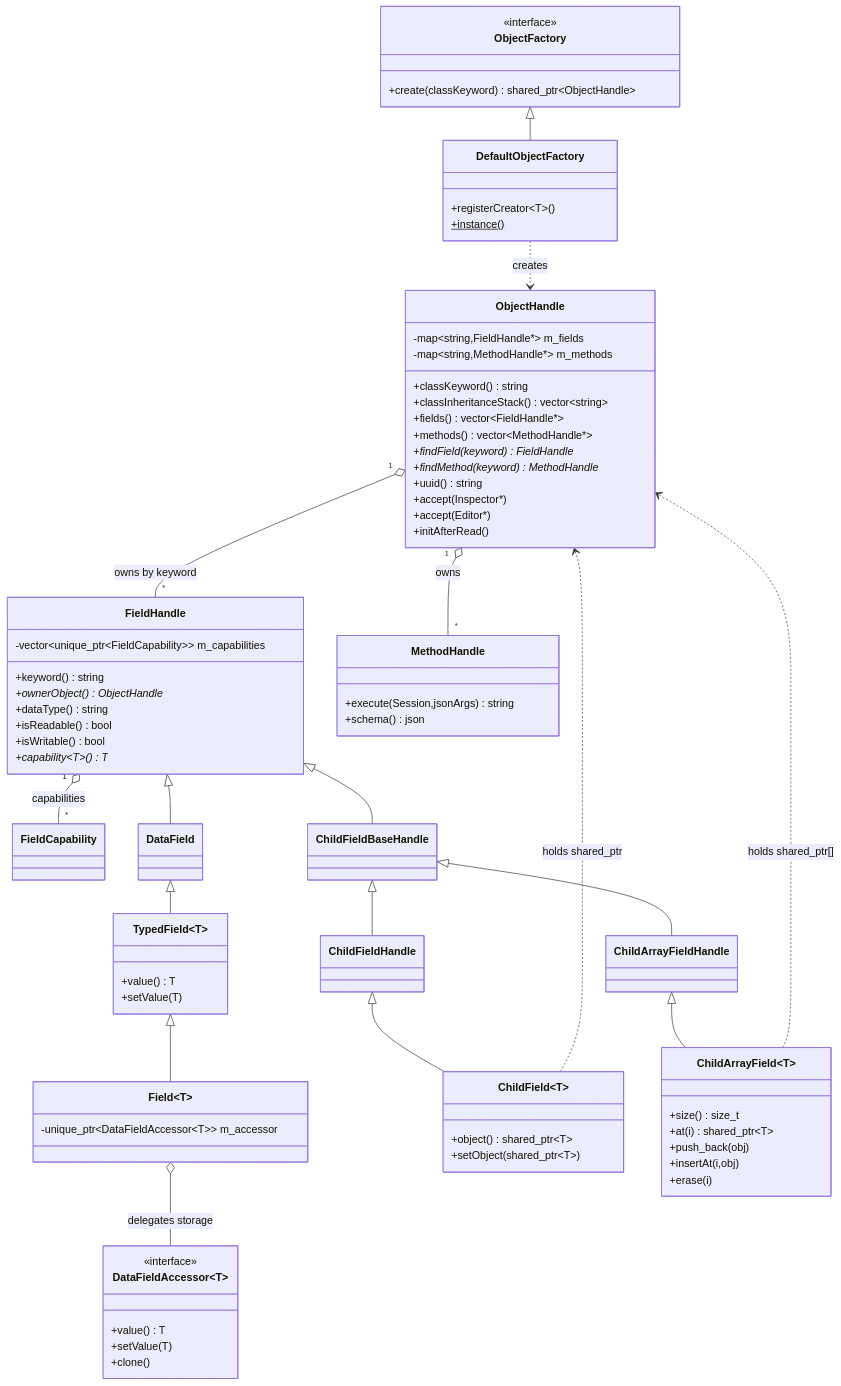
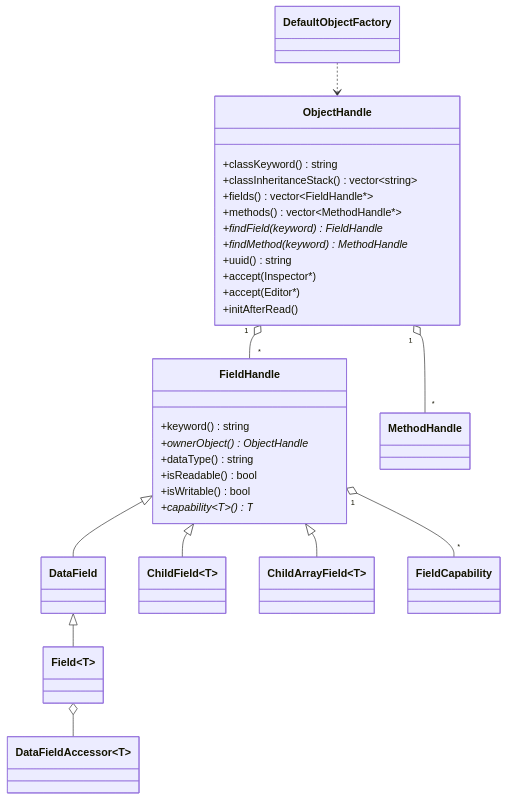
Before and after one commit to lindkvis/caffa: the third of 5 diagrams in docs/caffa_architecture.md, drawn with Mermaid. The commit also changed other lines of this file and 69 other files, not shown here.

````diff
--- a/docs/caffa_architecture.md
+++ b/docs/caffa_architecture.md
@@ -150,8 +90,6 @@
         +accept(Inspector*)
         +accept(Editor*)
         +initAfterRead()
-        -map~string,FieldHandle*~ m_fields
-        -map~string,MethodHandle*~ m_methods
     }
     class FieldHandle {
         +keyword() string
@@ -160,64 +98,23 @@
         +isReadable() bool
         +isWritable() bool
         +capability~T~() T*
-        -vector~unique_ptr~FieldCapability~~ m_capabilities
     }
+    class DataField
+    class Field~T~
+    class ChildField~T~
+    class ChildArrayField~T~
+    class DataFieldAccessor~T~
     class FieldCapability
-    class DataField
-    class TypedField~T~ {
-        +value() T
-        +setValue(T)
-    }
-    class Field~T~ {
-        -unique_ptr~DataFieldAccessor~T~~ m_accessor
-    }
-    class ChildFieldBaseHandle
-    class ChildFieldHandle
-    class ChildField~T~ {
-        +object() shared_ptr~T~
-        +setObject(shared_ptr~T~)
-    }
-    class ChildArrayFieldHandle
-    class ChildArrayField~T~ {
-        +size() size_t
-        +at(i) shared_ptr~T~
-        +push_back(obj)
-        +insertAt(i,obj)
-        +erase(i)
-    }
-    class DataFieldAccessor~T~ {
-        <<interface>>
-        +value() T
-        +setValue(T)
-        +clone()
-    }
-    class MethodHandle {
-        +execute(Session,jsonArgs) string
-        +schema() json
-    }
-    class ObjectFactory {
-        <<interface>>
-        +create(classKeyword) shared_ptr~ObjectHandle~
-    }
-    class DefaultObjectFactory {
-        +registerCreator~T~()
-        +instance()$
-    }
+    class MethodHandle
+    class DefaultObjectFactory
 
-    ObjectHandle "1" o-- "*" FieldHandle : owns by keyword
-    ObjectHandle "1" o-- "*" MethodHandle : owns
-    FieldHandle "1" o-- "*" FieldCapability : capabilities
+    ObjectHandle "1" o-- "*" FieldHandle
+    ObjectHandle "1" o-- "*" MethodHandle
+    FieldHandle "1" o-- "*" FieldCapability
     FieldHandle <|-- DataField
-    DataField <|-- TypedField~T~
-    TypedField~T~ <|-- Field~T~
-    Field~T~ o-- DataFieldAccessor~T~ : delegates storage
-    FieldHandle <|-- ChildFieldBaseHandle
-    ChildFieldBaseHandle <|-- ChildFieldHandle
-    ChildFieldHandle <|-- ChildField~T~
-    ChildFieldBaseHandle <|-- ChildArrayFieldHandle
-    ChildArrayFieldHandle <|-- ChildArrayField~T~
-    ChildField~T~ ..> ObjectHandle : holds shared_ptr
-    ChildArrayField~T~ ..> ObjectHandle : holds shared_ptr[]
-    ObjectFactory <|-- DefaultObjectFactory
-    DefaultObjectFactory ..> ObjectHandle : creates
+    DataField <|-- Field~T~
+    FieldHandle <|-- ChildField~T~
+    FieldHandle <|-- ChildArrayField~T~
+    Field~T~ o-- DataFieldAccessor~T~
+    DefaultObjectFactory ..> ObjectHandle
 ```
````
